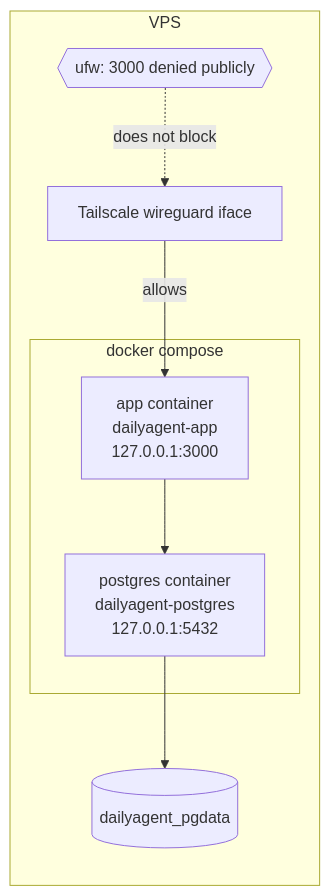
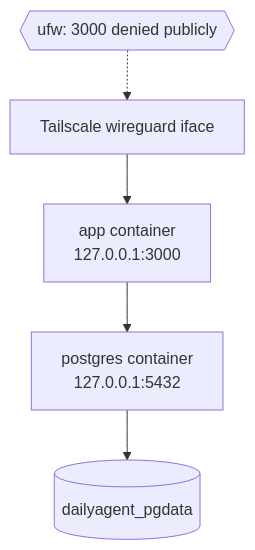
One commit to WalrusQuant/mcp-dailyagent changed the second of 2 diagrams in docs/architecture.md. Above: the diagram before and after it, drawn with Mermaid. The commit also changed other lines of this file and 16 other files, not shown here.

````diff
--- a/docs/architecture.md
+++ b/docs/architecture.md
@@ -136,16 +117,7 @@
 ```mermaid
-flowchart LR
-    subgraph VPS
-        subgraph Compose["docker compose"]
-            PGC["postgres container<br/>dailyagent-postgres<br/>127.0.0.1:5432"]
-            APPC["app container<br/>dailyagent-app<br/>127.0.0.1:3000"]
-        end
-        Volume[(dailyagent_pgdata)]
-        Firewall{{ufw: 3000 denied publicly}}
-        TS[Tailscale wireguard iface]
-    end
-    APPC --> PGC
-    PGC --> Volume
-    TS -- allows --> APPC
-    Firewall -. does not block .-> TS
+flowchart TD
+    TS[Tailscale wireguard iface] --> APPC["app container<br/>127.0.0.1:3000"]
+    APPC --> PGC["postgres container<br/>127.0.0.1:5432"]
+    PGC --> Volume[(dailyagent_pgdata)]
+    Firewall{{ufw: 3000 denied publicly}} -.-> TS
 ```
````
